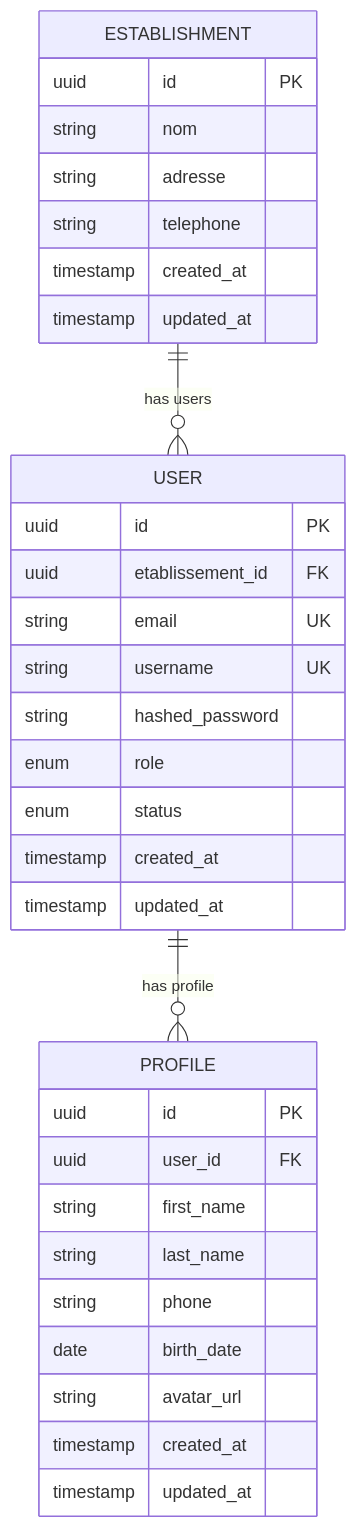
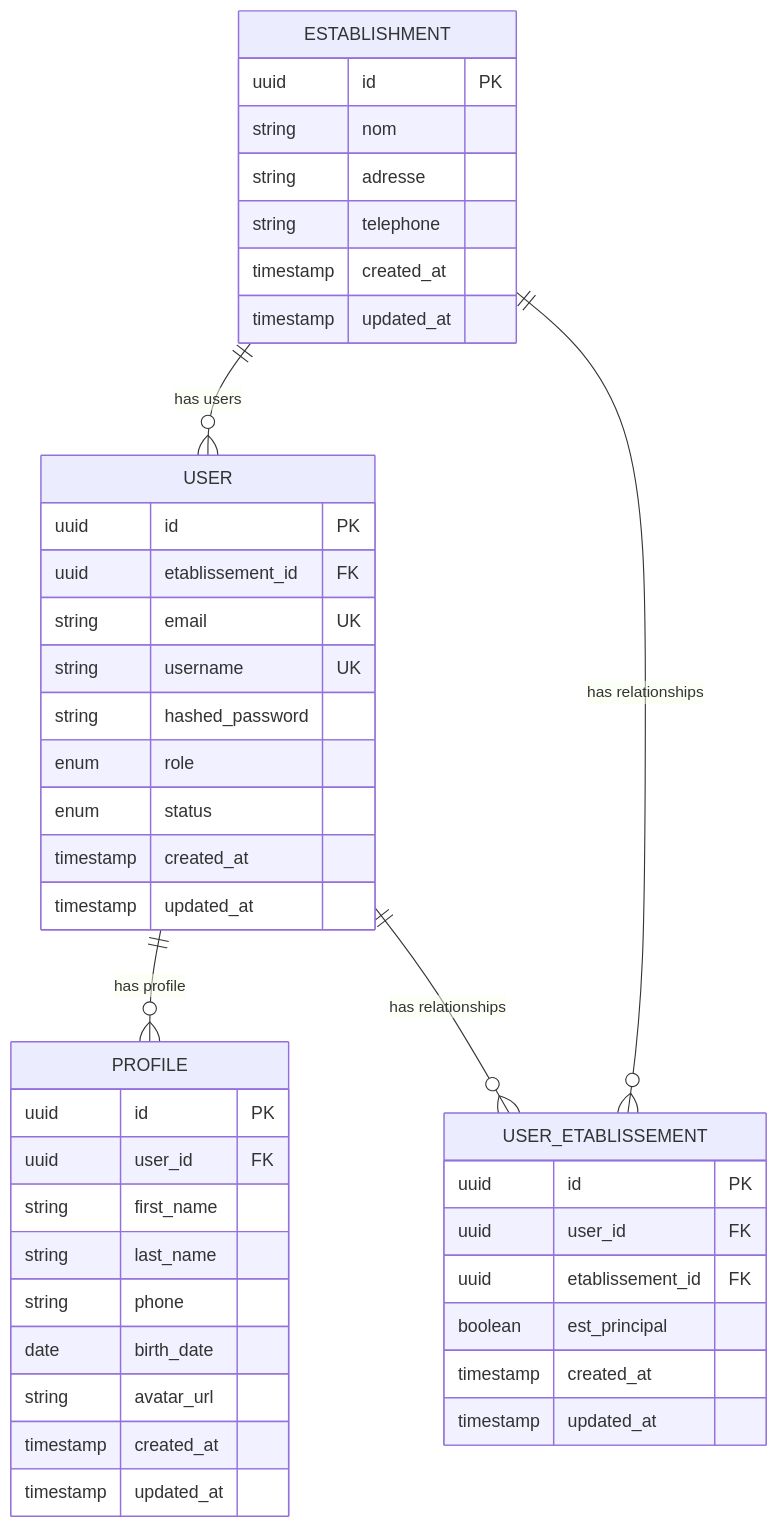
One commit to franckylab/eLISAschool changed the third of 8 diagrams in .qoder/repowiki/en/content/Backend API Documentation/User Management API.md. Above: the diagram before and after it, drawn with Mermaid. The commit also changed other lines of this file and 75 other files, not shown here.

````diff
--- a/.qoder/repowiki/en/content/Backend API Documentation/User Management API.md
+++ b/.qoder/repowiki/en/content/Backend API Documentation/User Management API.md
@@ -341,35 +518,45 @@
 ```mermaid
 erDiagram
 ESTABLISHMENT {
 uuid id PK
 string nom
 string adresse
 string telephone
 timestamp created_at
 timestamp updated_at
 }
 USER {
 uuid id PK
 uuid etablissement_id FK
 string email UK
 string username UK
 string hashed_password
 enum role
 enum status
 timestamp created_at
 timestamp updated_at
 }
 PROFILE {
 uuid id PK
 uuid user_id FK
 string first_name
 string last_name
 string phone
 date birth_date
 string avatar_url
 timestamp created_at
 timestamp updated_at
 }
+USER_ETABLISSEMENT {
+uuid id PK
+uuid user_id FK
+uuid etablissement_id FK
+boolean est_principal
+timestamp created_at
+timestamp updated_at
+}
 ESTABLISHMENT ||--o{ USER : "has users"
 USER ||--o{ PROFILE : "has profile"
+USER ||--o{ USER_ETABLISSEMENT : "has relationships"
+ESTABLISHMENT ||--o{ USER_ETABLISSEMENT : "has relationships"
 ```
````
